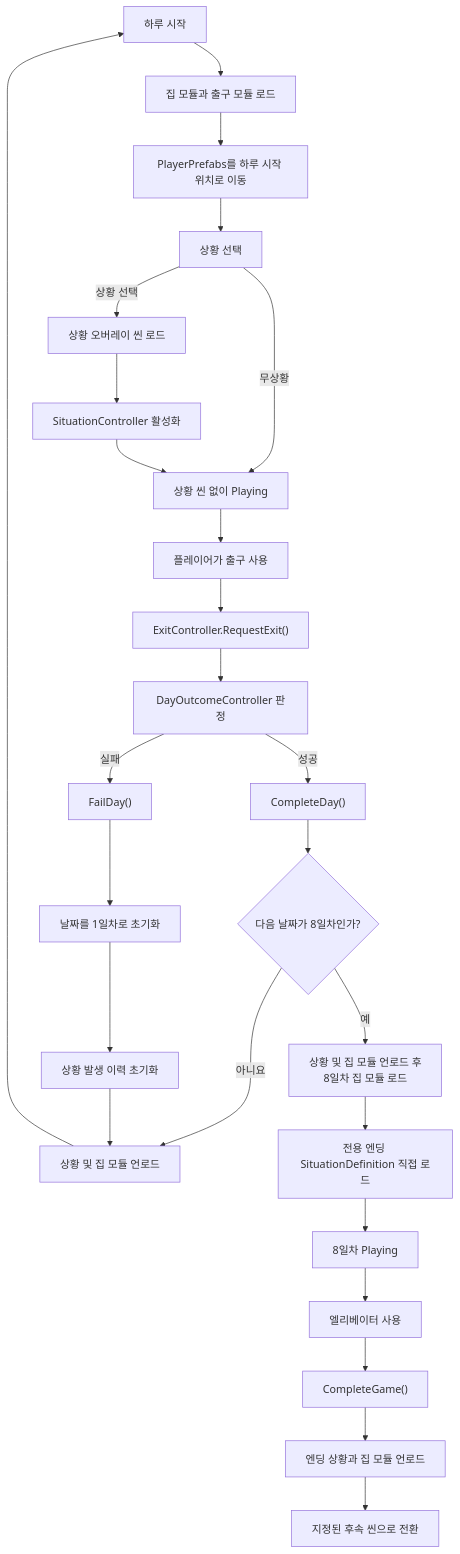
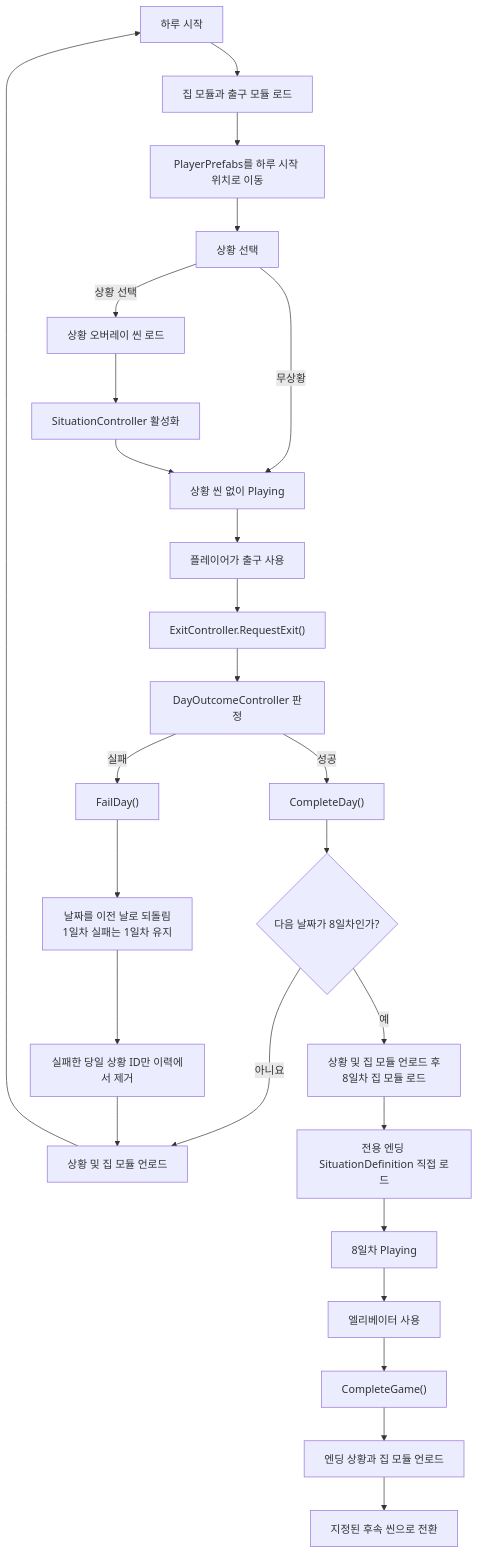
Before and after one commit to jeonghwan916/Virtual-Rescue: the first of 2 diagrams in Docs/PLANforLoopSystem.md, drawn with Mermaid. The commit also changed other lines of this file and 3 other files, not shown here.

````diff
--- a/Docs/PLANforLoopSystem.md
+++ b/Docs/PLANforLoopSystem.md
@@ -205,33 +206,33 @@
 ```mermaid
 flowchart TD
     A["하루 시작"] --> B["집 모듈과 출구 모듈 로드"]
     B --> B2["PlayerPrefabs를 하루 시작 위치로 이동"]
     B2 --> C["상황 선택"]
 
     C -->|무상황| D["상황 씬 없이 Playing"]
     C -->|상황 선택| E["상황 오버레이 씬 로드"]
     E --> F["SituationController 활성화"]
     F --> D
 
     D --> G["플레이어가 출구 사용"]
     G --> H["ExitController.RequestExit()"]
     H --> I["DayOutcomeController 판정"]
 
     I -->|성공| J["CompleteDay()"]
     I -->|실패| K["FailDay()"]
 
     J --> L{"다음 날짜가 8일차인가?"}
     L -->|아니요| N["상황 및 집 모듈 언로드"]
     N --> A
     L -->|예| E8["상황 및 집 모듈 언로드 후<br/>8일차 집 모듈 로드"]
     E8 --> S8["전용 엔딩 SituationDefinition 직접 로드"]
     S8 --> P8["8일차 Playing"]
     P8 --> X8["엘리베이터 사용"]
     X8 --> C8["CompleteGame()"]
     C8 --> U8["엔딩 상황과 집 모듈 언로드"]
     U8 --> D8["지정된 후속 씬으로 전환"]
 
-    K --> O["날짜를 1일차로 초기화"]
-    O --> P["상황 발생 이력 초기화"]
+    K --> O["날짜를 이전 날로 되돌림<br/>1일차 실패는 1일차 유지"]
+    O --> P["실패한 당일 상황 ID만 이력에서 제거"]
     P --> N
 ```
````
